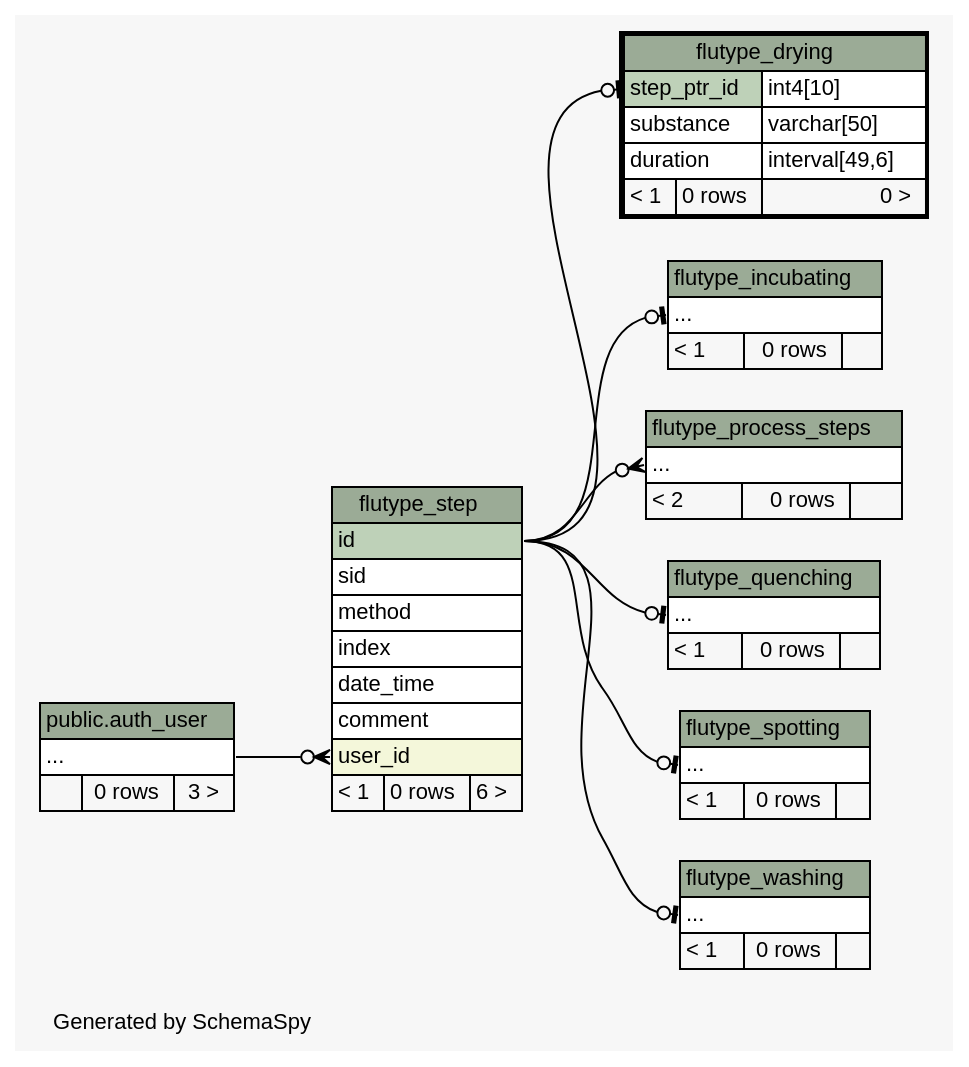
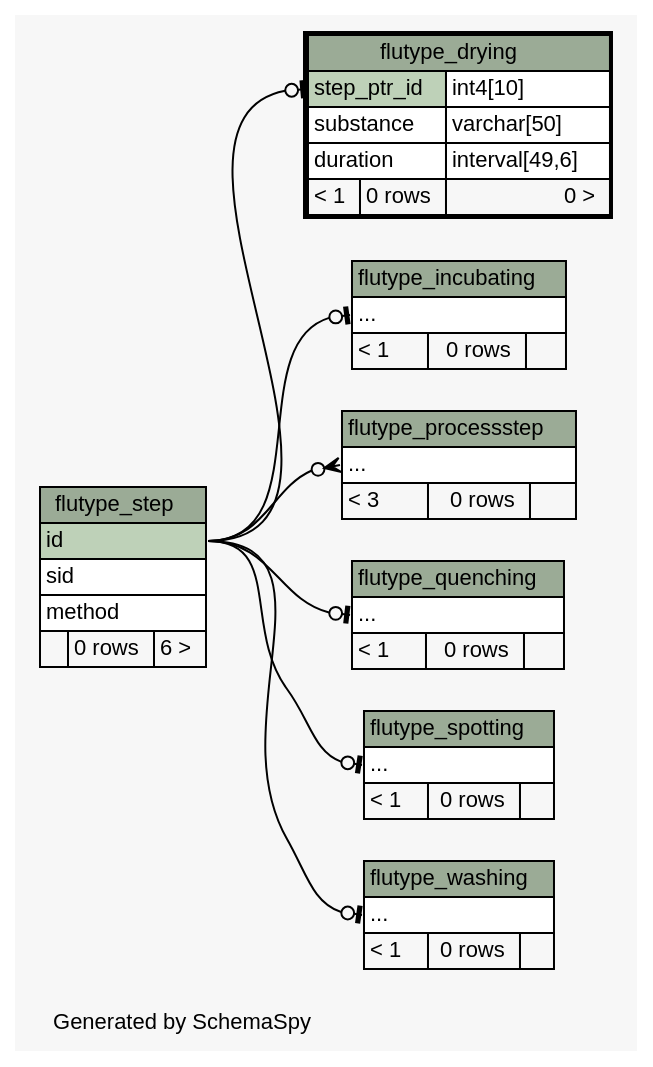
Before and after one commit to janekg89/flutype_webapp: the diagram in docs/schema/diagrams/flutype_drying.2degrees.dot, drawn with Graphviz. The commit also changed 137 other files, not shown here.

```diff
--- a/docs/schema/diagrams/flutype_drying.2degrees.dot
+++ b/docs/schema/diagrams/flutype_drying.2degrees.dot
@@ -1,116 +1,102 @@
 // dot 2.38.0 on Linux 4.10.0-27-generic
 // SchemaSpy rev 590
 digraph "twoDegreesRelationshipsDiagram" {
   graph [
     rankdir="RL"
     bgcolor="#f7f7f7"
     label="\nGenerated by SchemaSpy"
     labeljust="l"
     nodesep="0.18"
     ranksep="0.46"
     fontname="Helvetica"
     fontsize="11"
   ];
   node [
     fontname="Helvetica"
     fontsize="11"
     shape="plaintext"
   ];
   edge [
     arrowsize="0.8"
   ];
   "flutype_drying":"step_ptr_id":w -> "flutype_step":"id":e [arrowhead=none dir=back arrowtail=teeodot];
   "flutype_incubating":"elipses":w -> "flutype_step":"id":e [arrowhead=none dir=back arrowtail=teeodot];
-  "flutype_process_steps":"elipses":w -> "flutype_step":"id":e [arrowhead=none dir=back arrowtail=crowodot];
+  "flutype_processstep":"elipses":w -> "flutype_step":"id":e [arrowhead=none dir=back arrowtail=crowodot];
   "flutype_quenching":"elipses":w -> "flutype_step":"id":e [arrowhead=none dir=back arrowtail=teeodot];
   "flutype_spotting":"elipses":w -> "flutype_step":"id":e [arrowhead=none dir=back arrowtail=teeodot];
-  "flutype_step":"user_id":w -> "public.auth_user":"elipses":e [arrowhead=none dir=back arrowtail=crowodot];
   "flutype_washing":"elipses":w -> "flutype_step":"id":e [arrowhead=none dir=back arrowtail=teeodot];
-  "public.auth_user" [
-    label=<
-    <TABLE BORDER="0" CELLBORDER="1" CELLSPACING="0" BGCOLOR="#ffffff">
-      <TR><TD COLSPAN="3" BGCOLOR="#9bab96" ALIGN="CENTER">public.auth_user</TD></TR>
-      <TR><TD PORT="elipses" COLSPAN="3" ALIGN="LEFT">...</TD></TR>
-      <TR><TD ALIGN="LEFT" BGCOLOR="#f7f7f7">  </TD><TD ALIGN="RIGHT" BGCOLOR="#f7f7f7">0 rows</TD><TD ALIGN="RIGHT" BGCOLOR="#f7f7f7">3 &gt;</TD></TR>
-    </TABLE>>
-    tooltip="public.auth_user"
-  ];
   "flutype_drying" [
     label=<
     <TABLE BORDER="2" CELLBORDER="1" CELLSPACING="0" BGCOLOR="#ffffff">
       <TR><TD COLSPAN="3" BGCOLOR="#9bab96" ALIGN="CENTER">flutype_drying</TD></TR>
       <TR><TD PORT="step_ptr_id" COLSPAN="2" BGCOLOR="#bed1b8" ALIGN="LEFT">step_ptr_id</TD><TD PORT="step_ptr_id.type" ALIGN="LEFT">int4[10]</TD></TR>
       <TR><TD PORT="substance" COLSPAN="2" ALIGN="LEFT">substance</TD><TD PORT="substance.type" ALIGN="LEFT">varchar[50]</TD></TR>
       <TR><TD PORT="duration" COLSPAN="2" ALIGN="LEFT">duration</TD><TD PORT="duration.type" ALIGN="LEFT">interval[49,6]</TD></TR>
       <TR><TD ALIGN="LEFT" BGCOLOR="#f7f7f7">&lt; 1</TD><TD ALIGN="RIGHT" BGCOLOR="#f7f7f7">0 rows</TD><TD ALIGN="RIGHT" BGCOLOR="#f7f7f7">0 &gt;</TD></TR>
     </TABLE>>
     URL="flutype_drying.html"
     tooltip="flutype_drying"
   ];
   "flutype_incubating" [
     label=<
     <TABLE BORDER="0" CELLBORDER="1" CELLSPACING="0" BGCOLOR="#ffffff">
       <TR><TD COLSPAN="3" BGCOLOR="#9bab96" ALIGN="CENTER">flutype_incubating</TD></TR>
       <TR><TD PORT="elipses" COLSPAN="3" ALIGN="LEFT">...</TD></TR>
       <TR><TD ALIGN="LEFT" BGCOLOR="#f7f7f7">&lt; 1</TD><TD ALIGN="RIGHT" BGCOLOR="#f7f7f7">0 rows</TD><TD ALIGN="RIGHT" BGCOLOR="#f7f7f7">  </TD></TR>
     </TABLE>>
     URL="flutype_incubating.html"
     tooltip="flutype_incubating"
   ];
-  "flutype_process_steps" [
+  "flutype_processstep" [
     label=<
     <TABLE BORDER="0" CELLBORDER="1" CELLSPACING="0" BGCOLOR="#ffffff">
-      <TR><TD COLSPAN="3" BGCOLOR="#9bab96" ALIGN="CENTER">flutype_process_steps</TD></TR>
+      <TR><TD COLSPAN="3" BGCOLOR="#9bab96" ALIGN="CENTER">flutype_processstep</TD></TR>
       <TR><TD PORT="elipses" COLSPAN="3" ALIGN="LEFT">...</TD></TR>
-      <TR><TD ALIGN="LEFT" BGCOLOR="#f7f7f7">&lt; 2</TD><TD ALIGN="RIGHT" BGCOLOR="#f7f7f7">0 rows</TD><TD ALIGN="RIGHT" BGCOLOR="#f7f7f7">  </TD></TR>
+      <TR><TD ALIGN="LEFT" BGCOLOR="#f7f7f7">&lt; 3</TD><TD ALIGN="RIGHT" BGCOLOR="#f7f7f7">0 rows</TD><TD ALIGN="RIGHT" BGCOLOR="#f7f7f7">  </TD></TR>
     </TABLE>>
-    URL="flutype_process_steps.html"
-    tooltip="flutype_process_steps"
+    URL="flutype_processstep.html"
+    tooltip="flutype_processstep"
   ];
   "flutype_quenching" [
     label=<
     <TABLE BORDER="0" CELLBORDER="1" CELLSPACING="0" BGCOLOR="#ffffff">
       <TR><TD COLSPAN="3" BGCOLOR="#9bab96" ALIGN="CENTER">flutype_quenching</TD></TR>
       <TR><TD PORT="elipses" COLSPAN="3" ALIGN="LEFT">...</TD></TR>
       <TR><TD ALIGN="LEFT" BGCOLOR="#f7f7f7">&lt; 1</TD><TD ALIGN="RIGHT" BGCOLOR="#f7f7f7">0 rows</TD><TD ALIGN="RIGHT" BGCOLOR="#f7f7f7">  </TD></TR>
     </TABLE>>
     URL="flutype_quenching.html"
     tooltip="flutype_quenching"
   ];
   "flutype_spotting" [
     label=<
     <TABLE BORDER="0" CELLBORDER="1" CELLSPACING="0" BGCOLOR="#ffffff">
       <TR><TD COLSPAN="3" BGCOLOR="#9bab96" ALIGN="CENTER">flutype_spotting</TD></TR>
       <TR><TD PORT="elipses" COLSPAN="3" ALIGN="LEFT">...</TD></TR>
       <TR><TD ALIGN="LEFT" BGCOLOR="#f7f7f7">&lt; 1</TD><TD ALIGN="RIGHT" BGCOLOR="#f7f7f7">0 rows</TD><TD ALIGN="RIGHT" BGCOLOR="#f7f7f7">  </TD></TR>
     </TABLE>>
     URL="flutype_spotting.html"
     tooltip="flutype_spotting"
   ];
   "flutype_step" [
     label=<
     <TABLE BORDER="0" CELLBORDER="1" CELLSPACING="0" BGCOLOR="#ffffff">
       <TR><TD COLSPAN="3" BGCOLOR="#9bab96" ALIGN="CENTER">flutype_step</TD></TR>
       <TR><TD PORT="id" COLSPAN="3" BGCOLOR="#bed1b8" ALIGN="LEFT">id</TD></TR>
       <TR><TD PORT="sid" COLSPAN="3" ALIGN="LEFT">sid</TD></TR>
       <TR><TD PORT="method" COLSPAN="3" ALIGN="LEFT">method</TD></TR>
-      <TR><TD PORT="index" COLSPAN="3" ALIGN="LEFT">index</TD></TR>
-      <TR><TD PORT="date_time" COLSPAN="3" ALIGN="LEFT">date_time</TD></TR>
-      <TR><TD PORT="comment" COLSPAN="3" ALIGN="LEFT">comment</TD></TR>
-      <TR><TD PORT="user_id" COLSPAN="3" BGCOLOR="#f4f7da" ALIGN="LEFT">user_id</TD></TR>
-      <TR><TD ALIGN="LEFT" BGCOLOR="#f7f7f7">&lt; 1</TD><TD ALIGN="RIGHT" BGCOLOR="#f7f7f7">0 rows</TD><TD ALIGN="RIGHT" BGCOLOR="#f7f7f7">6 &gt;</TD></TR>
+      <TR><TD ALIGN="LEFT" BGCOLOR="#f7f7f7">  </TD><TD ALIGN="RIGHT" BGCOLOR="#f7f7f7">0 rows</TD><TD ALIGN="RIGHT" BGCOLOR="#f7f7f7">6 &gt;</TD></TR>
     </TABLE>>
     URL="flutype_step.html"
     tooltip="flutype_step"
   ];
   "flutype_washing" [
     label=<
     <TABLE BORDER="0" CELLBORDER="1" CELLSPACING="0" BGCOLOR="#ffffff">
       <TR><TD COLSPAN="3" BGCOLOR="#9bab96" ALIGN="CENTER">flutype_washing</TD></TR>
       <TR><TD PORT="elipses" COLSPAN="3" ALIGN="LEFT">...</TD></TR>
       <TR><TD ALIGN="LEFT" BGCOLOR="#f7f7f7">&lt; 1</TD><TD ALIGN="RIGHT" BGCOLOR="#f7f7f7">0 rows</TD><TD ALIGN="RIGHT" BGCOLOR="#f7f7f7">  </TD></TR>
     </TABLE>>
     URL="flutype_washing.html"
     tooltip="flutype_washing"
   ];
 }
```
